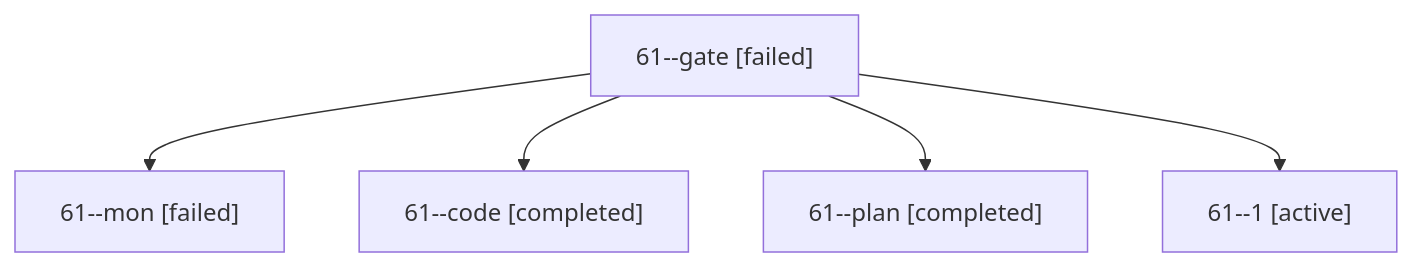
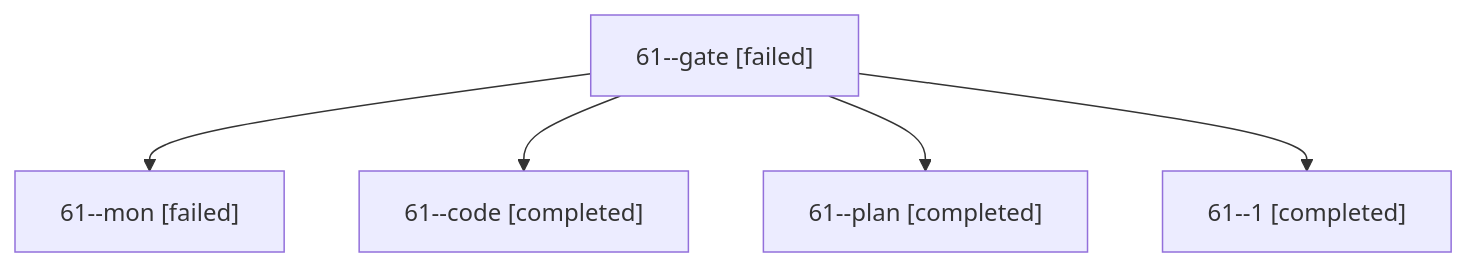
The diagram in sessions/bbugyi200.apollo.61.md (bobs-org/bob-cli--agents), drawn with Mermaid before and after one commit. The commit also changed other lines of this file and 70 other files, not shown here.

````diff
--- a/sessions/bbugyi200.apollo.61.md
+++ b/sessions/bbugyi200.apollo.61.md
@@ -9,12 +9,12 @@
 ```mermaid
 flowchart TD
   n0["61--gate [failed]"]
   n1["61--mon [failed]"]
   n0 --> n1
   n2["61--code [completed]"]
   n0 --> n2
   n3["61--plan [completed]"]
   n0 --> n3
-  n4["61--1 [active]"]
+  n4["61--1 [completed]"]
   n0 --> n4
 ```
````
